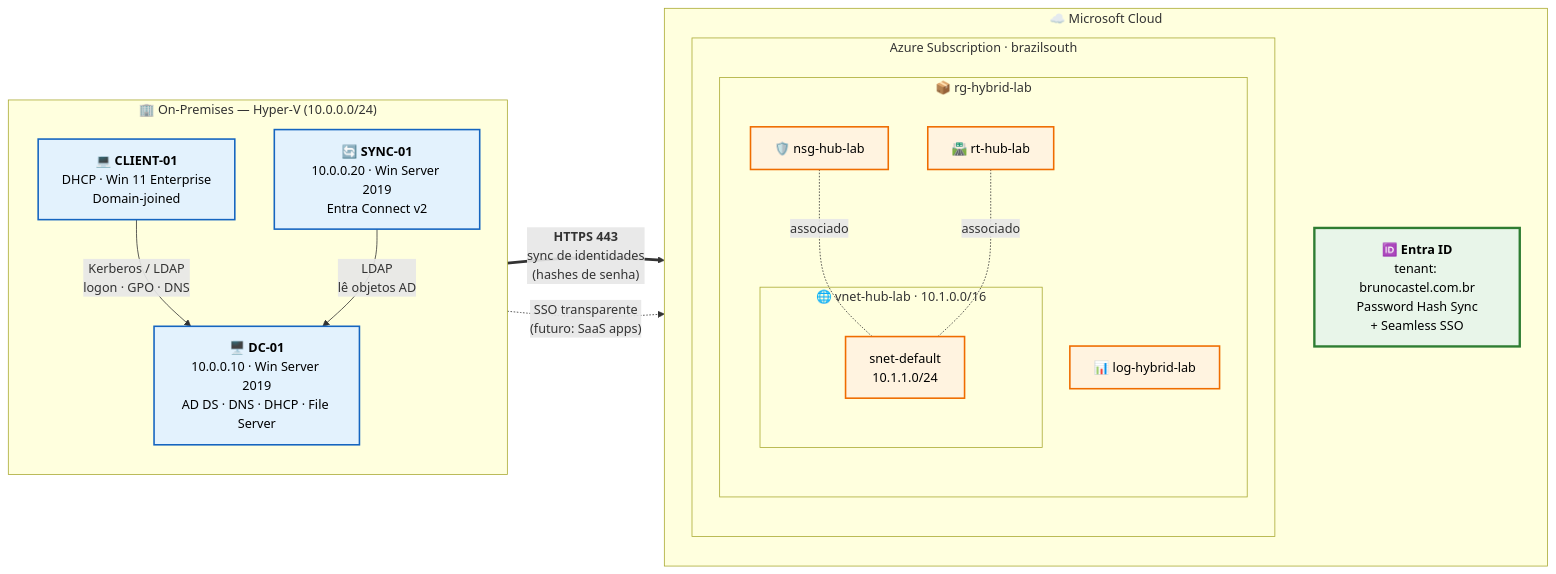
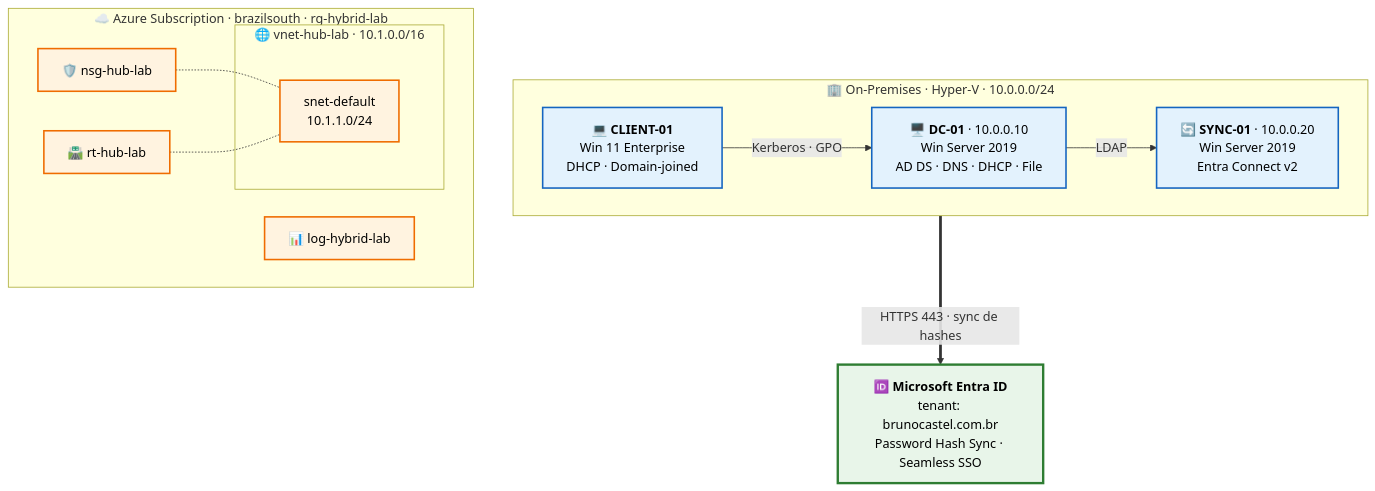
Before and after one commit to brunokdalcastel/hybrid-lab-ad-entra: the diagram in README.md, drawn with Mermaid.

Commit message:
docs: simplificar diagrama mermaid em layout vertical

````diff
--- a/README.md
+++ b/README.md
@@ -9,43 +9,36 @@
 ```mermaid
-flowchart LR
-    subgraph OnPrem["🏢 On-Premises — Hyper-V (10.0.0.0/24)"]
-        direction TB
-        DC["🖥️ <b>DC-01</b><br/>10.0.0.10 · Win Server 2019<br/>AD DS · DNS · DHCP · File Server"]
-        CLIENT["💻 <b>CLIENT-01</b><br/>DHCP · Win 11 Enterprise<br/>Domain-joined"]
-        SYNC["🔄 <b>SYNC-01</b><br/>10.0.0.20 · Win Server 2019<br/>Entra Connect v2"]
+flowchart TB
+    subgraph OnPrem["🏢 On-Premises · Hyper-V · 10.0.0.0/24"]
+        direction LR
+        CLIENT["💻 <b>CLIENT-01</b><br/>Win 11 Enterprise<br/>DHCP · Domain-joined"]
+        DC["🖥️ <b>DC-01</b> · 10.0.0.10<br/>Win Server 2019<br/>AD DS · DNS · DHCP · File"]
+        SYNC["🔄 <b>SYNC-01</b> · 10.0.0.20<br/>Win Server 2019<br/>Entra Connect v2"]
 
-        CLIENT -->|"Kerberos / LDAP<br/>logon · GPO · DNS"| DC
-        SYNC -->|"LDAP<br/>lê objetos AD"| DC
+        CLIENT -->|"Kerberos · GPO"| DC
+        DC -->|"LDAP"| SYNC
     end
 
-    subgraph Cloud["☁️ Microsoft Cloud"]
-        direction TB
-        ENTRA["🆔 <b>Entra ID</b><br/>tenant: brunocastel.com.br<br/>Password Hash Sync<br/>+ Seamless SSO"]
+    ENTRA["🆔 <b>Microsoft Entra ID</b><br/>tenant: brunocastel.com.br<br/>Password Hash Sync · Seamless SSO"]
 
-        subgraph Sub["Azure Subscription · brazilsouth"]
-            direction TB
-            subgraph RG["📦 rg-hybrid-lab"]
-                direction TB
-                subgraph VNET["🌐 vnet-hub-lab · 10.1.0.0/16"]
-                    SUBNET["snet-default<br/>10.1.1.0/24"]
-                end
-                NSG["🛡️ nsg-hub-lab"]
-                RT["🛣️ rt-hub-lab"]
-                LOG["📊 log-hybrid-lab"]
-            end
+    subgraph Azure["☁️ Azure Subscription · brazilsouth · rg-hybrid-lab"]
+        direction LR
+        subgraph VNET["🌐 vnet-hub-lab · 10.1.0.0/16"]
+            SUBNET["snet-default<br/>10.1.1.0/24"]
         end
+        NSG["🛡️ nsg-hub-lab"]
+        RT["🛣️ rt-hub-lab"]
+        LOG["📊 log-hybrid-lab"]
 
-        NSG -.-|"associado"| SUBNET
-        RT -.-|"associado"| SUBNET
+        NSG -.- SUBNET
+        RT -.- SUBNET
     end
 
-    SYNC ==>|"<b>HTTPS 443</b><br/>sync de identidades<br/>(hashes de senha)"| ENTRA
-    CLIENT -.->|"SSO transparente<br/>(futuro: SaaS apps)"| ENTRA
+    SYNC ==>|"HTTPS 443 · sync de hashes"| ENTRA
 
     classDef onprem fill:#e3f2fd,stroke:#1565c0,stroke-width:2px,color:#000
     classDef azure fill:#fff3e0,stroke:#ef6c00,stroke-width:2px,color:#000
     classDef entra fill:#e8f5e9,stroke:#2e7d32,stroke-width:3px,color:#000
     class DC,CLIENT,SYNC onprem
     class SUBNET,NSG,RT,LOG azure
     class ENTRA entra
 ```
````
